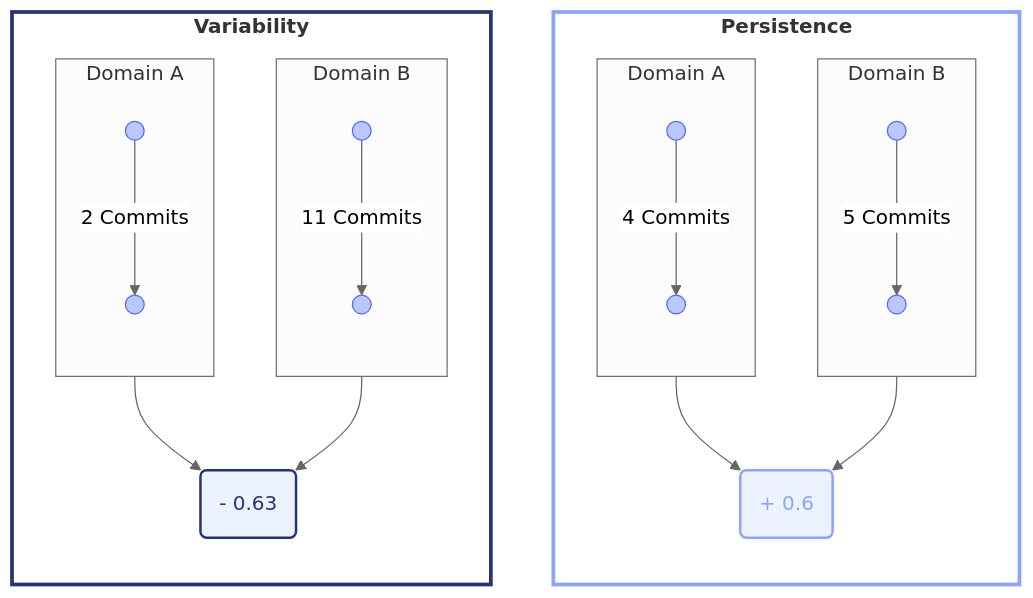
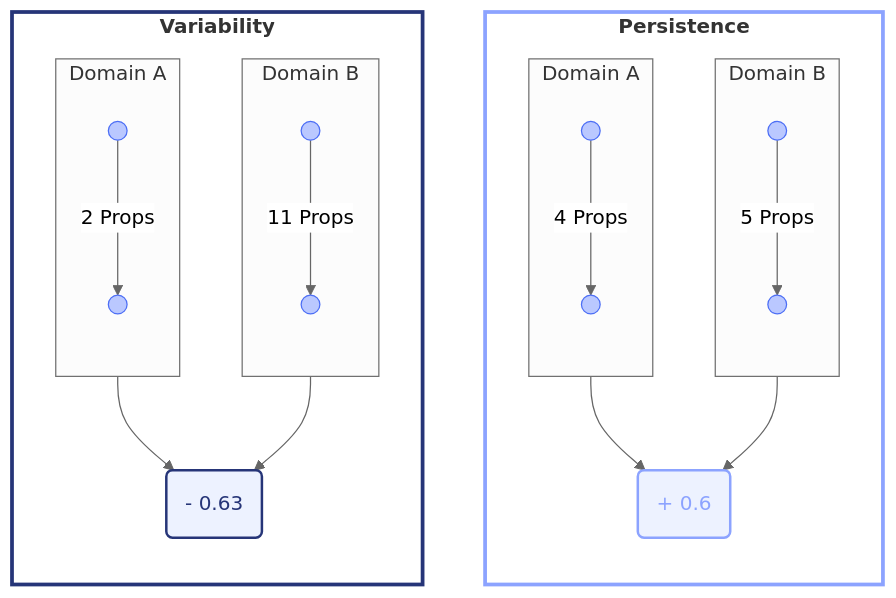
One commit to clairemira/miranova changed the eighth of 10 diagrams in content/commons/01-overview.mdx. Above: the diagram before and after it, drawn with Mermaid. The commit also changed other lines of this file and 1 other file, not shown here.

````diff
--- a/content/commons/01-overview.mdx
+++ b/content/commons/01-overview.mdx
@@ -813,63 +824,62 @@
 ```mermaid
 ---
 config:
   flowchart:
     curve: basis
   theme: neutral
 ---
 flowchart TB
   subgraph PERS1["<strong>Persistence</strong>"]
     direction TD
 
     subgraph DAP["Domain A"]
       direction TB
 
-      C1(( )) -->|"4 Commits"| C2(( ))
+      C1(( )) -->|"4 Props"| C2(( ))
     end
 
     subgraph DBP["Domain B"]
       direction TB
 
-      C3(( )) -->|"5 Commits"| C4(( ))
+      C3(( )) -->|"5 Props"| C4(( ))
     end
 
     DEP("+ 0.6")
 
     DAP --> DEP
     DBP --> DEP
   end
 
-
   subgraph PERS2["<strong>Variability</strong>"]
     direction TD
 
     subgraph DAP2["Domain A"]
       direction TB
 
-      C5(( )) -->|"2 Commits"| C6(( ))
+      C5(( )) -->|"2 Props"| C6(( ))
     end
 
     subgraph DBP2["Domain B"]
       direction TB
 
-      C7(( )) -->|"11 Commits"| C8(( ))
+      C7(( )) -->|"11 Props"| C8(( ))
     end
 
     DEP2("- 0.63")
 
     DAP2 --> DEP2
     DBP2 --> DEP2
   end
 
   classDef committalNode fill:#bac8ff,stroke:#4c6ef5,color:#4c6ef5
   classDef perNode fill:#edf2ff,stroke:#8ca3ff,color:#8ca3ff,stroke-width:2px
   classDef varNode fill:#edf2ff,stroke:#263578,color:#263578,stroke-width:2px
 
   class L3 blueNode
   class C1,C2,C3,C4,C5,C6,C7,C8 committalNode
   class DEP perNode
   class DEP2 varNode
 
   style PERS1 fill:transparent,stroke:#8ca3ff,stroke-width:3px
   style PERS2 fill:transparent,stroke:#263578,stroke-width:3px
 ```
````
